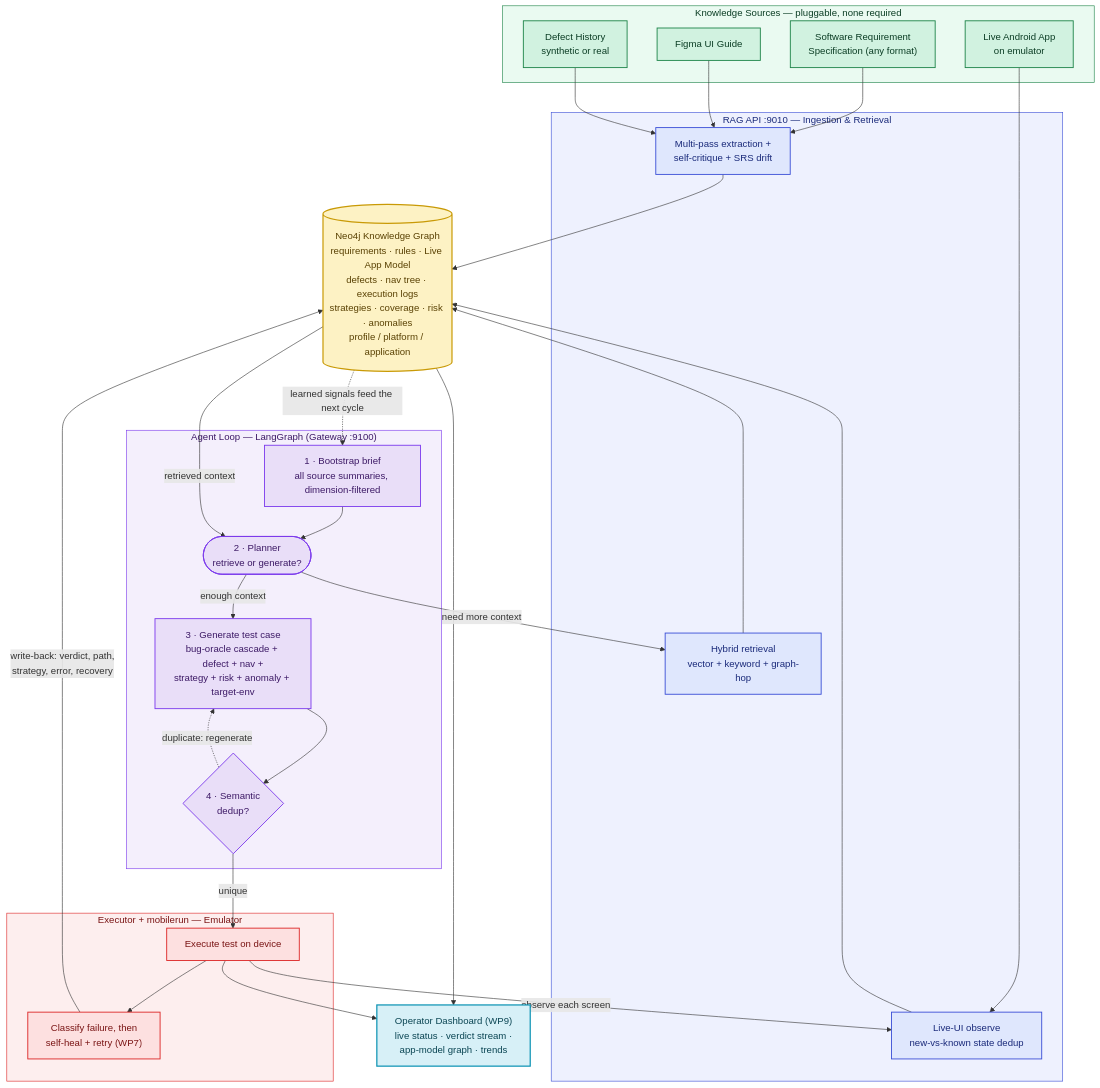
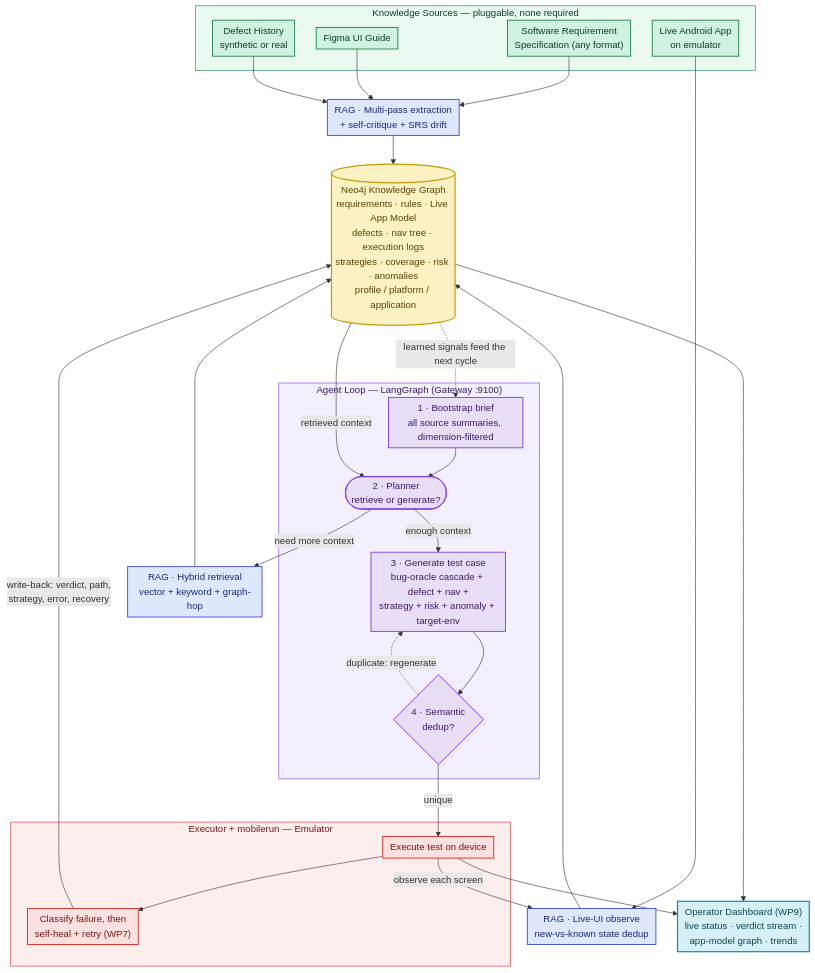
The diagram in docs/architecture_flowchart.mmd (raihanrsdV1/Exploratory-Testing-Planner-Agent), drawn with Mermaid before and after one commit. The commit also changed 1 other file, not shown here.

Commit message:
Added flow chart image.

```diff
--- a/docs/architecture_flowchart.mmd
+++ b/docs/architecture_flowchart.mmd
@@ -1,86 +1,84 @@
+%%{ init: { "flowchart": { "nodeSpacing": 36, "rankSpacing": 48, "padding": 6 } } }%%
 flowchart TB
     subgraph SRC["Knowledge Sources — pluggable, none required"]
         SRS["Software Requirement<br/>Specification (any format)"]
         FIG["Figma UI Guide"]
         DEF["Defect History<br/>synthetic or real"]
         LIVE["Live Android App<br/>on emulator"]
     end
 
-    subgraph RAGP["RAG API :9010 — Ingestion &amp; Retrieval"]
-        EXT["Multi-pass extraction +<br/>self-critique + SRS drift"]
-        OBS["Live-UI observe<br/>new-vs-known state dedup"]
-        RET["Hybrid retrieval<br/>vector + keyword + graph-hop"]
-    end
+    EXT["RAG · Multi-pass extraction<br/>+ self-critique + SRS drift"]
+    OBS["RAG · Live-UI observe<br/>new-vs-known state dedup"]
+    RET["RAG · Hybrid retrieval<br/>vector + keyword + graph-hop"]
 
     KG[("Neo4j Knowledge Graph<br/>requirements · rules · Live App Model<br/>defects · nav tree · execution logs<br/>strategies · coverage · risk · anomalies<br/>profile / platform / application")]
 
     subgraph LOOP["Agent Loop — LangGraph (Gateway :9100)"]
         BRIEF["1 · Bootstrap brief<br/>all source summaries, dimension-filtered"]
         PLAN(["2 · Planner<br/>retrieve or generate?"])
         GEN["3 · Generate test case<br/>bug-oracle cascade + defect + nav +<br/>strategy + risk + anomaly + target-env"]
         DEDUP{"4 · Semantic<br/>dedup?"}
     end
 
     subgraph EXE["Executor + mobilerun — Emulator"]
         RUN["Execute test on device"]
         HEAL["Classify failure, then<br/>self-heal + retry (WP7)"]
     end
 
     DASH["Operator Dashboard (WP9)<br/>live status · verdict stream ·<br/>app-model graph · trends"]
 
     SRS --> EXT
     FIG --> EXT
     DEF --> EXT
     LIVE --> OBS
     EXT --> KG
     OBS --> KG
 
     BRIEF --> PLAN
     PLAN -->|"need more context"| RET
     RET --> KG
     KG -->|"retrieved context"| PLAN
     PLAN -->|"enough context"| GEN
     GEN --> DEDUP
     DEDUP -->|"unique"| RUN
     DEDUP -.->|"duplicate: regenerate"| GEN
 
     RUN --> HEAL
     RUN -->|"observe each screen"| OBS
     HEAL -->|"write-back: verdict, path,<br/>strategy, error, recovery"| KG
     RUN --> DASH
     KG --> DASH
 
     KG -.->|"learned signals feed the next cycle"| BRIEF
 
     %% ---- Subgraph backgrounds ----
     style SRC  fill:#eafaf1,stroke:#1e8449,color:#0b3d24;
-    style RAGP fill:#eef1fe,stroke:#3b4fd6,color:#1a2a7a;
     style LOOP fill:#f4effc,stroke:#7c3aed,color:#3d1a66;
     style EXE  fill:#fdeeee,stroke:#dc2626,color:#7a1515;
 
     %% ---- Sources (green) ----
     style SRS  fill:#d1f2e0,stroke:#1e8449,stroke-width:1.5px,color:#0b3d24;
     style FIG  fill:#d1f2e0,stroke:#1e8449,stroke-width:1.5px,color:#0b3d24;
     style DEF  fill:#d1f2e0,stroke:#1e8449,stroke-width:1.5px,color:#0b3d24;
     style LIVE fill:#d1f2e0,stroke:#1e8449,stroke-width:1.5px,color:#0b3d24;
 
-    %% ---- RAG API (blue) ----
+    %% ---- RAG API layer (blue) ----
     style EXT fill:#dfe7fd,stroke:#3b4fd6,stroke-width:1.5px,color:#1a2a7a;
     style OBS fill:#dfe7fd,stroke:#3b4fd6,stroke-width:1.5px,color:#1a2a7a;
     style RET fill:#dfe7fd,stroke:#3b4fd6,stroke-width:1.5px,color:#1a2a7a;
 
     %% ---- Knowledge graph (yellow) ----
     style KG fill:#fdf2c4,stroke:#c99a06,stroke-width:2px,color:#5a4204;
 
     %% ---- Agent loop (purple) ----
     style BRIEF fill:#e9def8,stroke:#7c3aed,stroke-width:1.5px,color:#3d1a66;
     style PLAN  fill:#e9def8,stroke:#7c3aed,stroke-width:1.5px,color:#3d1a66;
     style GEN   fill:#e9def8,stroke:#7c3aed,stroke-width:1.5px,color:#3d1a66;
     style DEDUP fill:#e9def8,stroke:#7c3aed,stroke-width:1.5px,color:#3d1a66;
 
     %% ---- Executor (red) ----
     style RUN  fill:#fde0e0,stroke:#dc2626,stroke-width:1.5px,color:#7a1515;
     style HEAL fill:#fde0e0,stroke:#dc2626,stroke-width:1.5px,color:#7a1515;
 
     %% ---- Dashboard (cyan) ----
     style DASH fill:#d7f0f7,stroke:#0891b2,stroke-width:2px,color:#0a4553;
```
